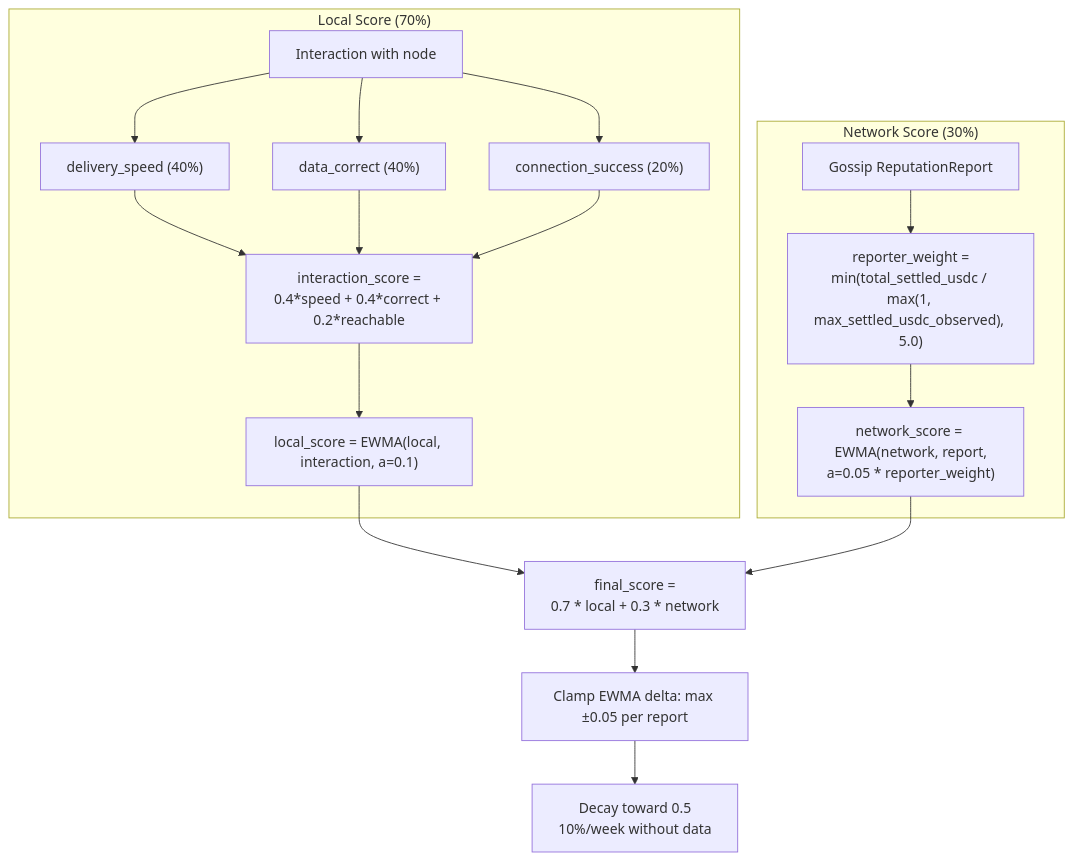
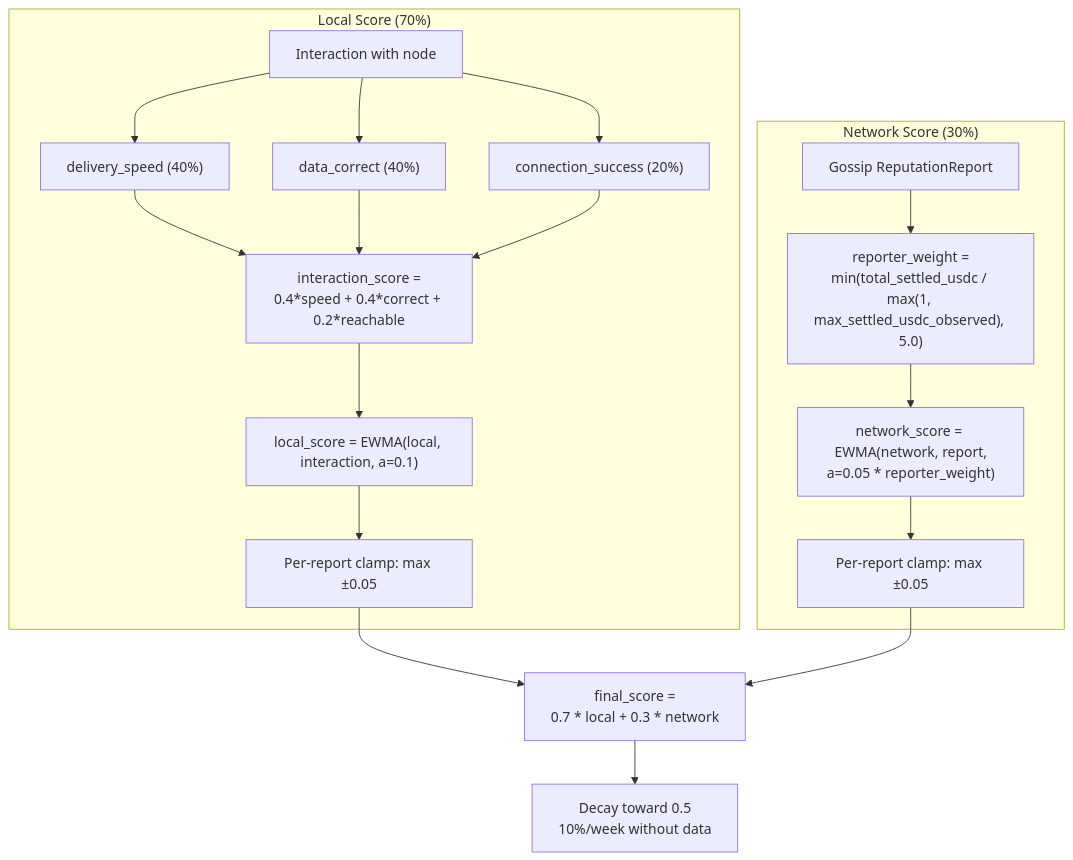
The first of 2 diagrams in adr/008-reputation.md (decdn/decdn), drawn with Mermaid before and after one commit. The commit also changed other lines of this file, not shown here.

Commit message:
docs: fix diagram/text consistency for per-report clamping (ADR 008)
Move clamp nodes in the Mermaid diagram from after final_score to after
each component EWMA, matching the text which describes per-report
clamping on local_score and network_score independently. Clarify which
scores are clamped and use "per-report clamping" terminology consistently.

Addresses review feedback from gemini-code-assist and copilot.

````diff
--- a/adr/008-reputation.md
+++ b/adr/008-reputation.md
@@ -70,23 +70,24 @@
 ```mermaid
 flowchart TD
     subgraph Local["Local Score (70%)"]
         I[Interaction with node] --> M1["delivery_speed (40%)"]
         I --> M2["data_correct (40%)"]
         I --> M3["connection_success (20%)"]
         M1 --> IS["interaction_score =<br/>0.4*speed + 0.4*correct + 0.2*reachable"]
         M2 --> IS
         M3 --> IS
         IS --> EWMA1["local_score = EWMA(local, interaction, a=0.1)"]
+        EWMA1 --> CLAMP1["Per-report clamp: max ±0.05"]
     end
 
     subgraph Network["Network Score (30%)"]
         GR[Gossip ReputationReport] --> RW["reporter_weight =<br/>min(total_settled_usdc / max(1, max_settled_usdc_observed), 5.0)"]
         RW --> EWMA2["network_score = EWMA(network, report,<br/>a=0.05 * reporter_weight)"]
+        EWMA2 --> CLAMP2["Per-report clamp: max ±0.05"]
     end
 
-    EWMA1 --> FINAL["final_score =<br/>0.7 * local + 0.3 * network"]
-    EWMA2 --> FINAL
+    CLAMP1 --> FINAL["final_score =<br/>0.7 * local + 0.3 * network"]
+    CLAMP2 --> FINAL
 
-    FINAL --> CLAMP["Clamp EWMA delta: max ±0.05 per report"]
-    CLAMP --> DECAY["Decay toward 0.5<br/>10%/week without data"]
+    FINAL --> DECAY["Decay toward 0.5<br/>10%/week without data"]
 ```
````
